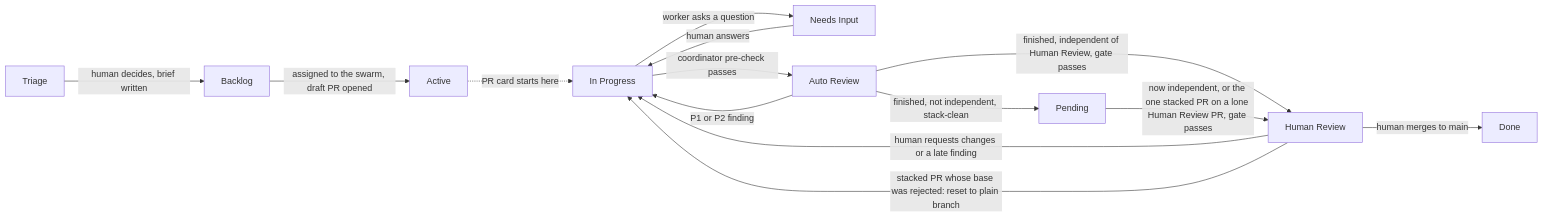
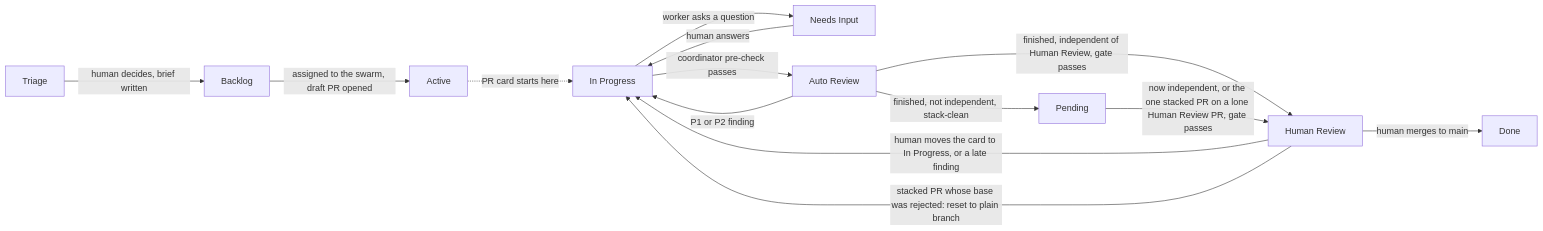
The diagram in workflow.md (tangentcode/methodology), drawn with Mermaid before and after one commit. The commit also changed other lines of this file and 4 other files, not shown here.

````diff
--- a/workflow.md
+++ b/workflow.md
@@ -47,16 +54,16 @@
 ```mermaid
 flowchart LR
     T[Triage] -->|human decides, brief written| B[Backlog]
     B -->|assigned to the swarm, draft PR opened| AC[Active]
     AC -.->|PR card starts here| IP[In Progress]
     IP -->|worker asks a question| NI[Needs Input]
     NI -->|human answers| IP
     IP -->|coordinator pre-check passes| AR[Auto Review]
     AR -->|P1 or P2 finding| IP
     AR -->|finished, independent of Human Review, gate passes| HR[Human Review]
     AR -->|finished, not independent, stack-clean| P[Pending]
     P -->|now independent, or the one stacked PR on a lone Human Review PR, gate passes| HR
-    HR -->|human requests changes or a late finding| IP
+    HR -->|human moves the card to In Progress, or a late finding| IP
     HR -->|stacked PR whose base was rejected: reset to plain branch| IP
     HR -->|human merges to main| D[Done]
 ```
````
